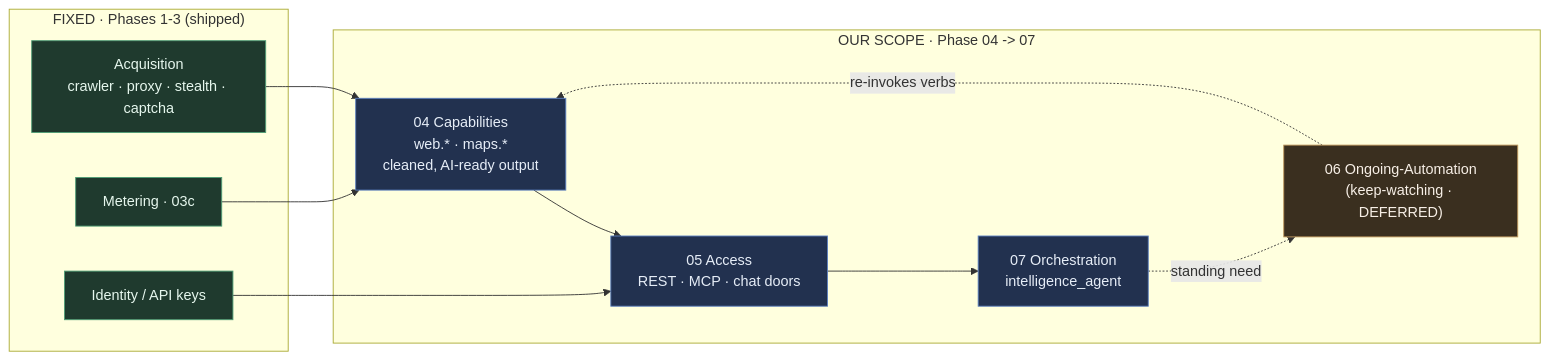
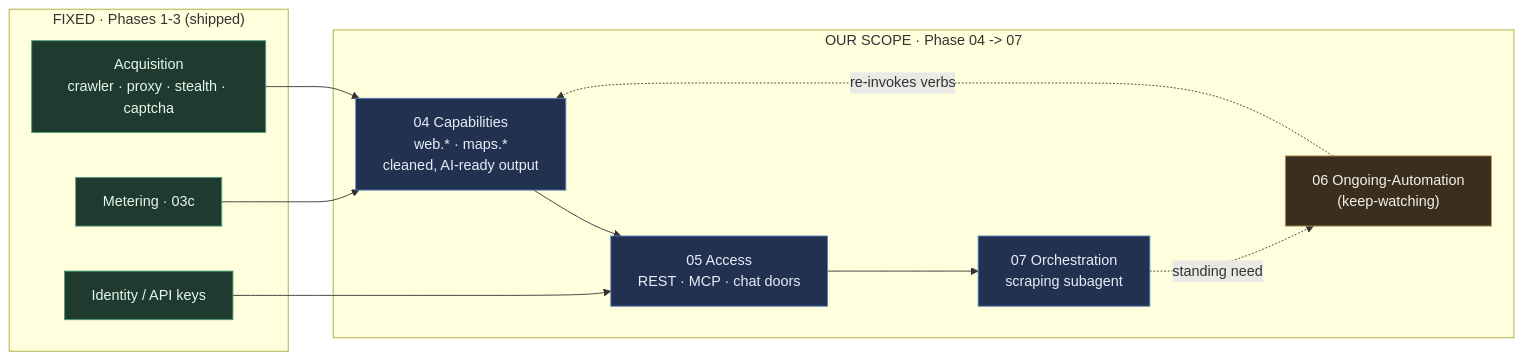
Before and after one commit to MODSetter/SurfSense: the first of 6 diagrams in plans/backend/00b-pipeline-diagrams.md, drawn with Mermaid. The commit also changed other lines of this file and 3 other files, not shown here.

Commit message:
docs(plans): sync phase 4-7 state; rename to scraping subagent

````diff
--- a/plans/backend/00b-pipeline-diagrams.md
+++ b/plans/backend/00b-pipeline-diagrams.md
@@ -8,30 +8,30 @@
 ```mermaid
 flowchart LR
   subgraph FIXED["FIXED · Phases 1-3 (shipped)"]
     ACQ["Acquisition<br/>crawler · proxy · stealth · captcha"]
     MET["Metering · 03c"]
     ID["Identity / API keys"]
   end
 
   subgraph SCOPE["OUR SCOPE · Phase 04 -> 07"]
     CAP["04 Capabilities<br/>web.* · maps.*<br/>cleaned, AI-ready output"]
     ACC["05 Access<br/>REST · MCP · chat doors"]
-    ORC["07 Orchestration<br/>intelligence_agent"]
-    ONG["06 Ongoing-Automation<br/>(keep-watching · DEFERRED)"]
+    ORC["07 Orchestration<br/>scraping subagent"]
+    ONG["06 Ongoing-Automation<br/>(keep-watching)"]
   end
 
   ACQ --> CAP
   MET --> CAP
   CAP --> ACC
   ID --> ACC
   ACC --> ORC
   ORC -. "standing need" .-> ONG
   ONG -. "re-invokes verbs" .-> CAP
 
   classDef a fill:#22314f,stroke:#5b7fbf,color:#e6edf7;
   classDef b fill:#1f3a2e,stroke:#4f9d76,color:#e6f7ee;
   classDef d fill:#3a2f1f,stroke:#bf975b,color:#f7efe6;
   class CAP,ACC,ORC a;
   class ACQ,MET,ID b;
   class ONG d;
 ```
````
